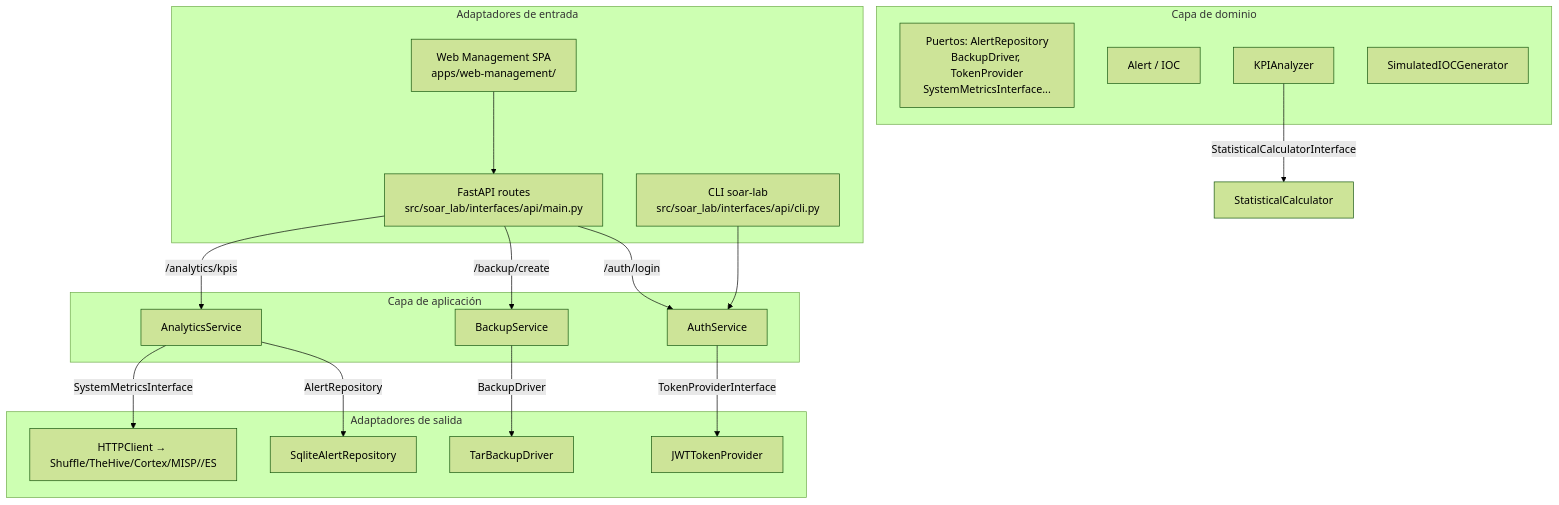
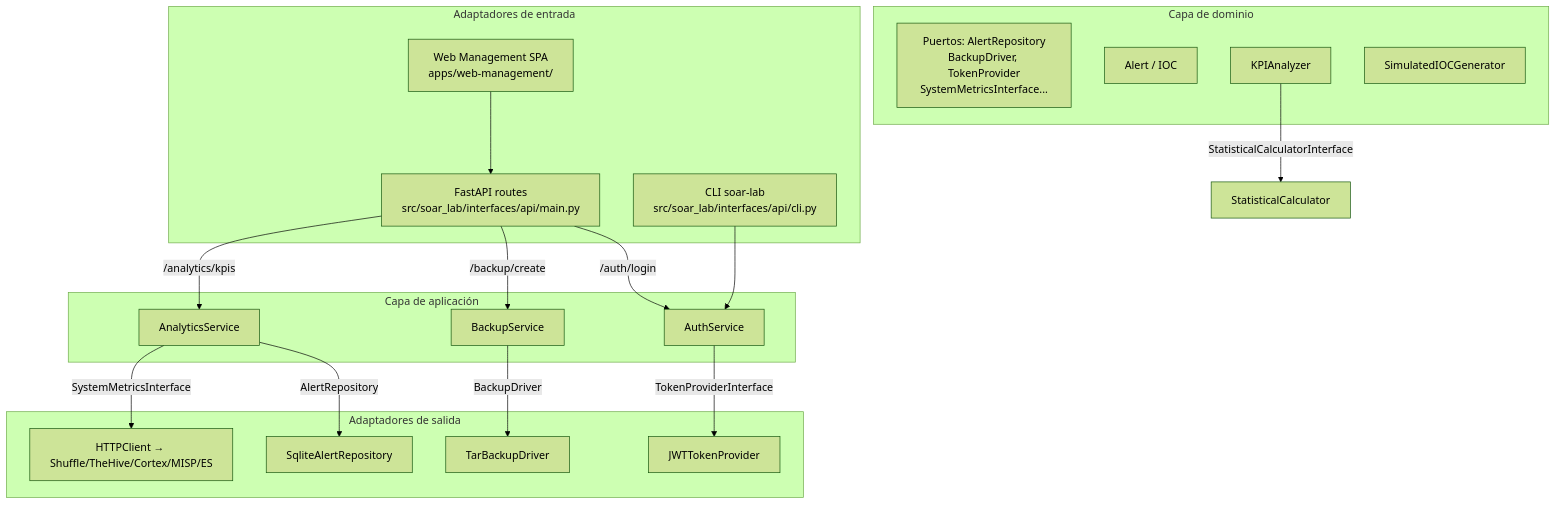
One commit to alesanfe/soar-ransomware-lab changed the fourth of 22 diagrams in docs/02-architecture.md. Above: the diagram before and after it, drawn with Mermaid (forest theme). The commit also changed other lines of this file and 2 other files, not shown here.

Commit message:
docs: fix Mermaid double slash, cert generator ref, duplicate openssl cmd, R5/R22/R19-R20 risk table, shell || typo

````diff
--- a/docs/02-architecture.md
+++ b/docs/02-architecture.md
@@ -1448,39 +1448,39 @@
 ```mermaid
 flowchart TD
  subgraph Entrada["Adaptadores de entrada"]
  F[FastAPI routes<br/>src/soar_lab/interfaces/api/main.py]
  C[CLI soar-lab<br/>src/soar_lab/interfaces/api/cli.py]
  W[Web Management SPA<br/>apps/web-management/]
  end
 
  subgraph Aplicación["Capa de aplicación"]
  AS[AuthService]
  BS[BackupService]
  ANS[AnalyticsService]
  end
 
  subgraph Dominio["Capa de dominio"]
  PORTS[Puertos: AlertRepository<br/>BackupDriver, TokenProvider<br/>SystemMetricsInterface...]
  ALERT[Alert / IOC]
  KPI[KPIAnalyzer]
  IOC[SimulatedIOCGenerator]
  end
 
  subgraph Salida["Adaptadores de salida"]
  SQLITE[SqliteAlertRepository]
  TAR[TarBackupDriver]
  JWT[JWTTokenProvider]
- HTTP[HTTPClient → Shuffle/TheHive/Cortex/MISP//ES]
+ HTTP[HTTPClient → Shuffle/TheHive/Cortex/MISP/ES]
  end
 
  F -->|/auth/login| AS
  F -->|/backup/create| BS
  F -->|/analytics/kpis| ANS
  C --> AS
  W --> F
  AS -->|TokenProviderInterface| JWT
  BS -->|BackupDriver| TAR
  ANS -->|AlertRepository| SQLITE
  ANS -->|SystemMetricsInterface| HTTP
  KPI -->|StatisticalCalculatorInterface| STAT[StatisticalCalculator]
 ```
````
